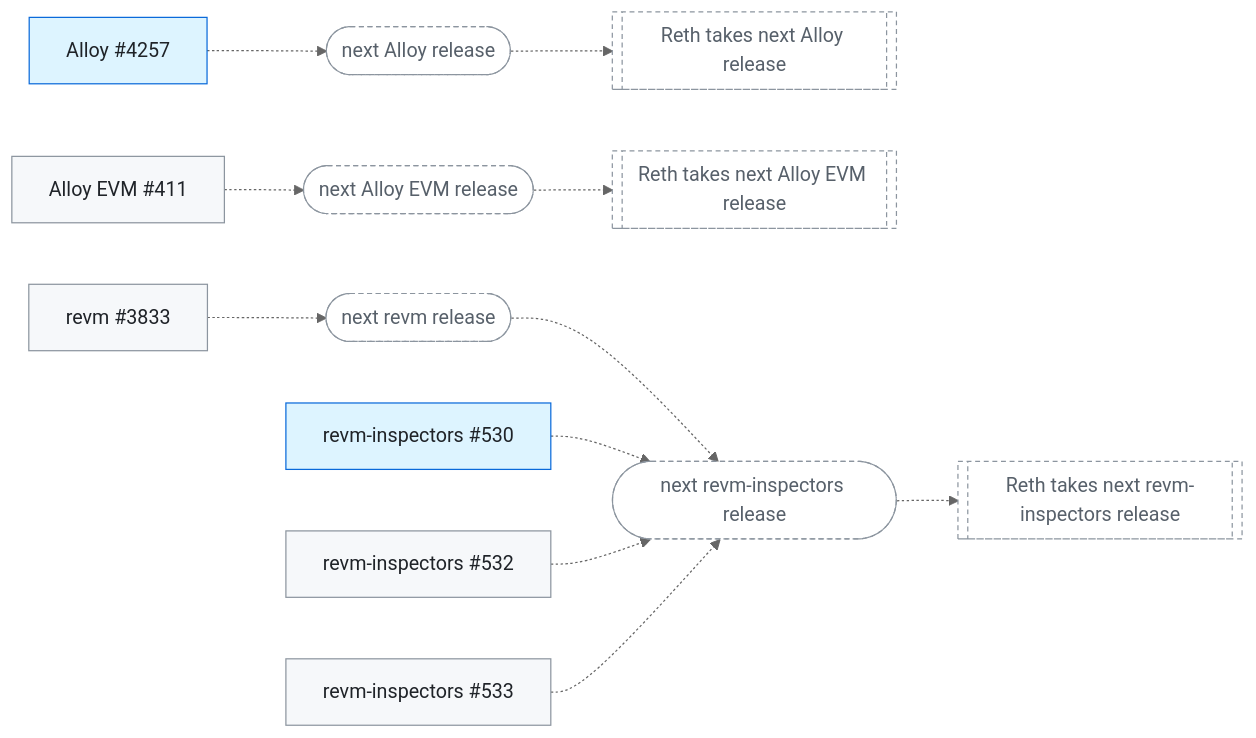
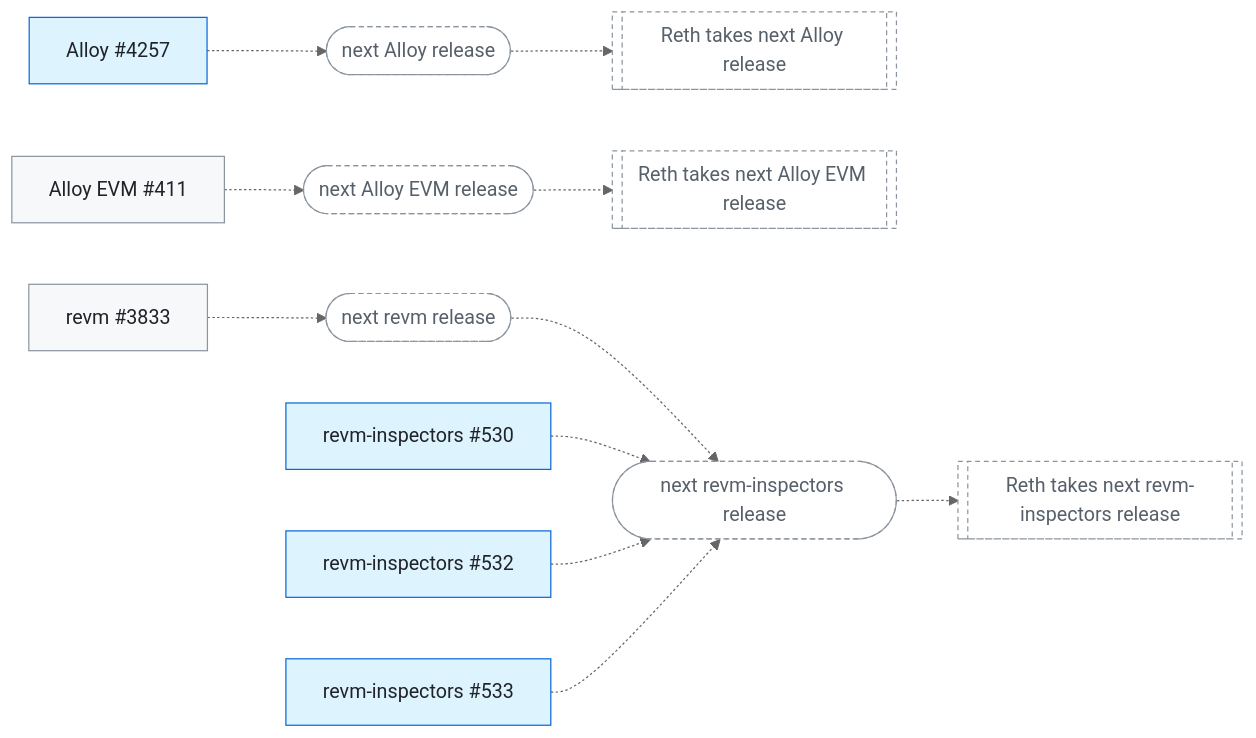
Before and after one commit to banteg/trace-interop: the second of 2 diagrams in docs/client-fixes.md, drawn with Mermaid (neutral theme). The commit also changed other lines of this file and 12 other files, not shown here.

````diff
--- a/docs/client-fixes.md
+++ b/docs/client-fixes.md
@@ -114,29 +116,29 @@
 ```mermaid
 flowchart LR
   Alloy_4257["Alloy #4257"]:::merged
   next_Alloy_release(["next Alloy release"]):::pending
   Reth_takes_next_Alloy_release[["Reth takes next Alloy release"]]:::pending
   Alloy_EVM_411["Alloy EVM #411"]:::open
   next_Alloy_EVM_release(["next Alloy EVM release"]):::pending
   Reth_takes_next_Alloy_EVM_release[["Reth takes next Alloy EVM release"]]:::pending
   revm_3833["revm #3833"]:::open
   next_revm_release(["next revm release"]):::pending
   next_revm_inspectors_release(["next revm-inspectors release"]):::pending
   Reth_takes_next_revm_inspectors_release[["Reth takes next revm-inspectors release"]]:::pending
   revm_inspectors_530["revm-inspectors #530"]:::merged
-  revm_inspectors_532["revm-inspectors #532"]:::open
-  revm_inspectors_533["revm-inspectors #533"]:::open
+  revm_inspectors_532["revm-inspectors #532"]:::merged
+  revm_inspectors_533["revm-inspectors #533"]:::merged
   Alloy_4257 -.-> next_Alloy_release
   next_Alloy_release -.-> Reth_takes_next_Alloy_release
   Alloy_EVM_411 -.-> next_Alloy_EVM_release
   next_Alloy_EVM_release -.-> Reth_takes_next_Alloy_EVM_release
   revm_3833 -.-> next_revm_release
   next_revm_release -.-> next_revm_inspectors_release
   next_revm_inspectors_release -.-> Reth_takes_next_revm_inspectors_release
   revm_inspectors_530 -.-> next_revm_inspectors_release
   revm_inspectors_532 -.-> next_revm_inspectors_release
   revm_inspectors_533 -.-> next_revm_inspectors_release
   classDef open fill:#f6f8fa,stroke:#8c959f,color:#1f2328
   classDef merged fill:#ddf4ff,stroke:#0969da,color:#1f2328
   classDef pending fill:#ffffff,stroke:#8c959f,stroke-dasharray:4 3,color:#57606a
 ```
````
